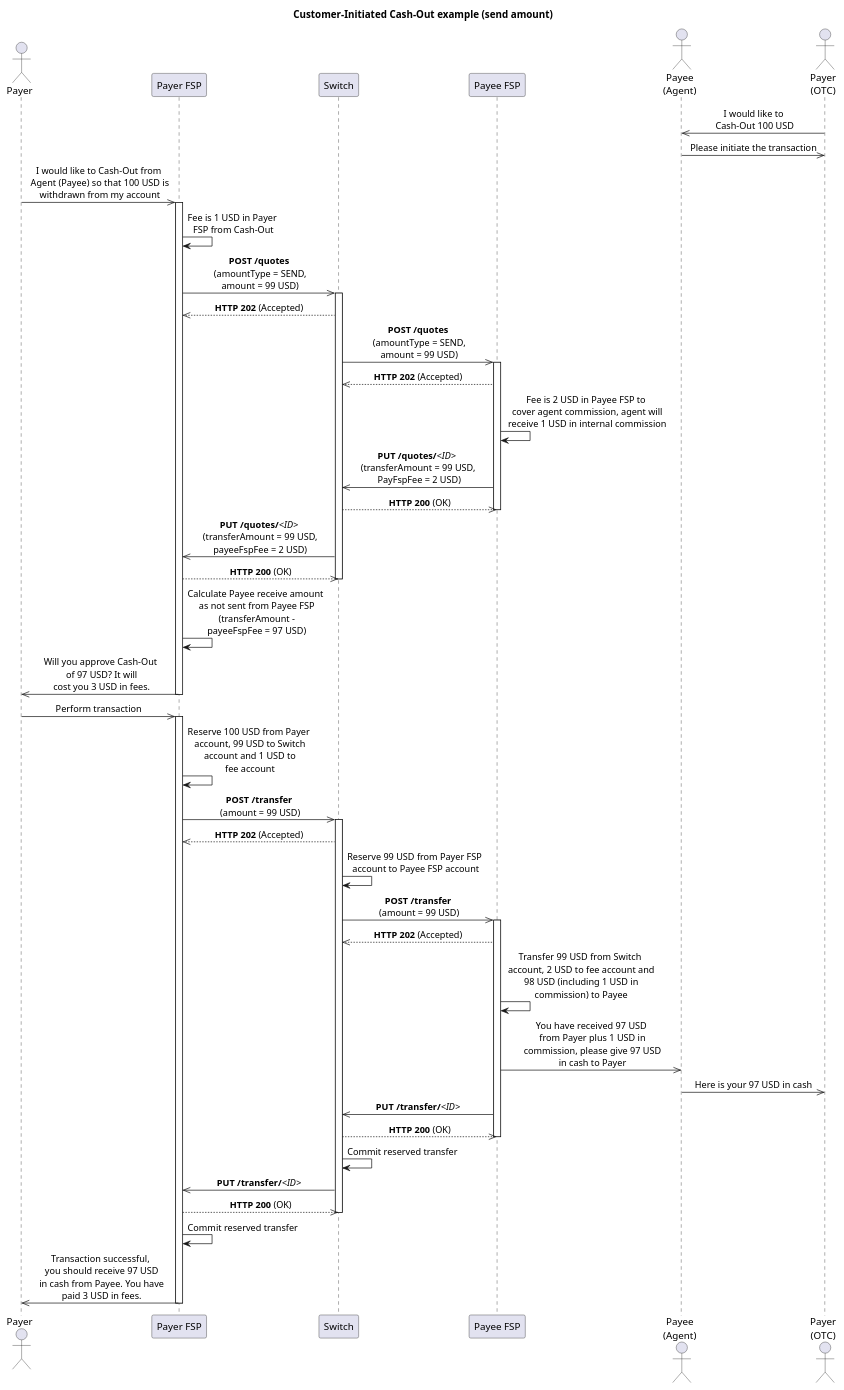
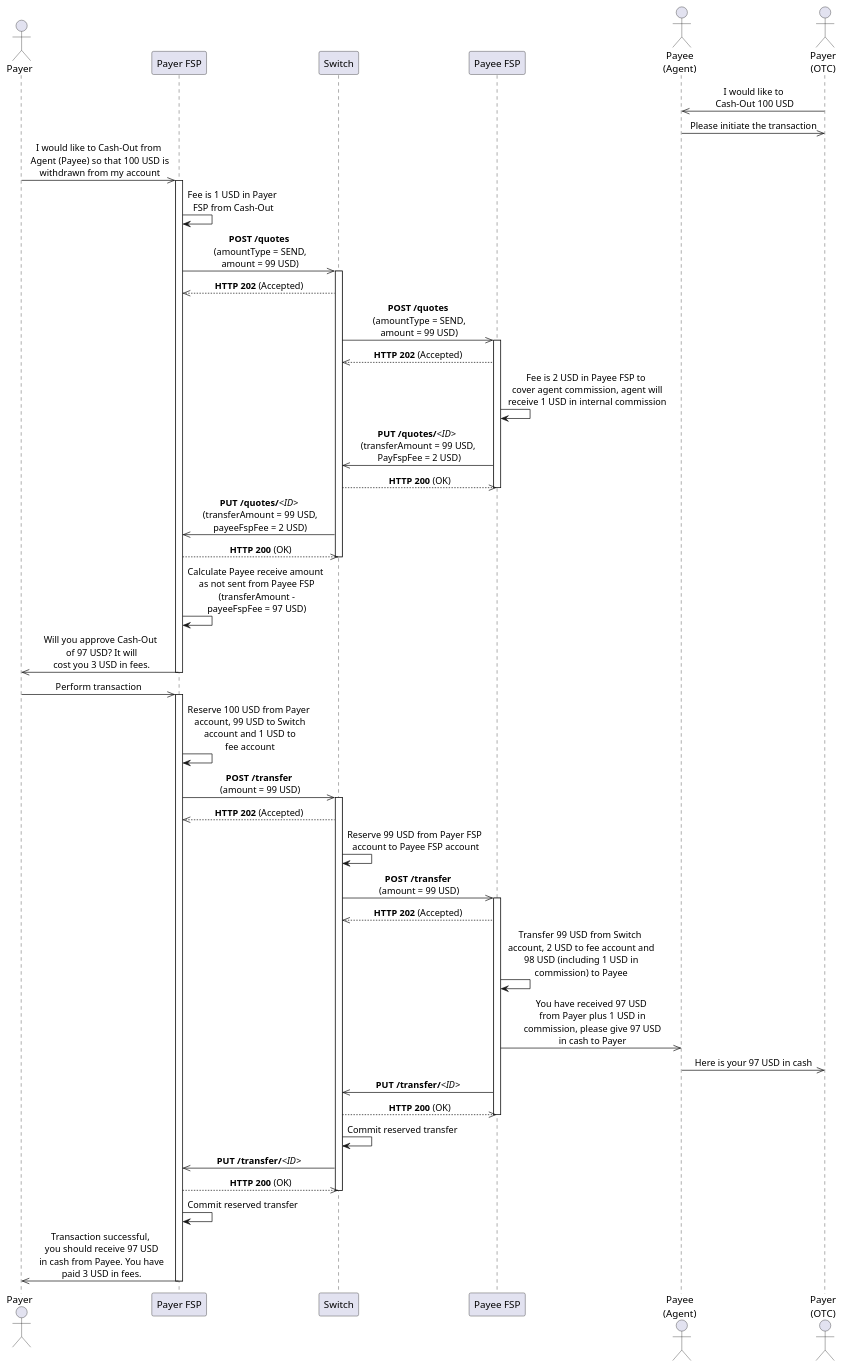
Before and after one commit to mojaloop/mojaloop-specification: the diagram in assets/diagrams/sequence/figure28.plantuml, drawn with PlantUML. The commit also changed 26 other files, not shown here.

Commit message:
Updates to .svg and .plantuml files.

```diff
--- a/assets/diagrams/sequence/figure28.plantuml
+++ b/assets/diagrams/sequence/figure28.plantuml
@@ -25,66 +25,66 @@
 @startuml
 ' declaring skinparam
 skinparam sequenceMessageAlign center
 
 ' declare title
-title Customer-Initiated Cash-Out example (send amount)
+' title Customer-Initiated Cash-Out example (send amount)
 
 ' Actor Keys:
 ' participant - FSP or Switch
 ' actor - Payee, Payer or Payer(OTC)
 
 ' declare actors
 actor "Payer" as Payer
 participant "Payer FSP" as PayerFSP
 participant "Switch" as SWITCH
 participant "Payee FSP" as PayeeFSP
 actor "Payee\n(Agent)" as Payee
 actor "Payer\n(OTC)" as PayerOTC
 
 ' start flow
 
 Payee <<- PayerOTC: I would like to\n Cash-Out 100 USD
 Payee ->> PayerOTC: Please initiate the transaction
 Payer ->> PayerFSP: I would like to Cash-Out from\n Agent (Payee) so that 100 USD is\n withdrawn from my account
 activate PayerFSP
 PayerFSP -> PayerFSP: Fee is 1 USD in Payer\n FSP from Cash-Out
 PayerFSP ->> SWITCH: **POST /quotes**\n (amountType = SEND,\n amount = 99 USD)
 activate SWITCH
 PayerFSP <<-- SWITCH: **HTTP 202** (Accepted)
 SWITCH ->> PayeeFSP: **POST /quotes**\n (amountType = SEND,\n amount = 99 USD)
 activate PayeeFSP
 SWITCH <<-- PayeeFSP: **HTTP 202** (Accepted)
 PayeeFSP -> PayeeFSP: Fee is 2 USD in Payee FSP to\n cover agent commission, agent will\n receive 1 USD in internal commission
 SWITCH <<- PayeeFSP: **PUT /quotes/**<i><ID></i> \n(transferAmount = 99 USD,\n PayFspFee = 2 USD)
 SWITCH -->> PayeeFSP: **HTTP 200** (OK)
 deactivate PayeeFSP
 PayerFSP <<- SWITCH: **PUT /quotes/**<i><ID></i>\n (transferAmount = 99 USD,\n payeeFspFee = 2 USD)
 PayerFSP -->> SWITCH: **HTTP 200** (OK)
 deactivate SWITCH
 PayerFSP -> PayerFSP: Calculate Payee receive amount\n as not sent from Payee FSP\n (transferAmount -\n payeeFspFee = 97 USD)
 Payer <<- PayerFSP: Will you approve Cash-Out\n of 97 USD? It will\n cost you 3 USD in fees.
 deactivate PayerFSP
 Payer ->> PayerFSP: Perform transaction
 activate PayerFSP
 PayerFSP -> PayerFSP: Reserve 100 USD from Payer\n account, 99 USD to Switch\n account and 1 USD to\n fee account
 PayerFSP ->> SWITCH: **POST /transfer**\n (amount = 99 USD)
 activate SWITCH
 PayerFSP <<-- SWITCH: **HTTP 202** (Accepted)
 SWITCH -> SWITCH: Reserve 99 USD from Payer FSP\n account to Payee FSP account
 SWITCH ->> PayeeFSP: **POST /transfer**\n (amount = 99 USD)
 activate PayeeFSP
 SWITCH <<-- PayeeFSP: **HTTP 202** (Accepted)
 PayeeFSP -> PayeeFSP: Transfer 99 USD from Switch\n account, 2 USD to fee account and\n 98 USD (including 1 USD in\n commission) to Payee
 PayeeFSP ->> Payee: You have received 97 USD\n from Payer plus 1 USD in\n commission, please give 97 USD\n in cash to Payer
 Payee ->> PayerOTC: Here is your 97 USD in cash
 SWITCH <<- PayeeFSP: **PUT /transfer/**<i><ID></i>
 SWITCH -->> PayeeFSP: **HTTP 200** (OK)
 deactivate PayeeFSP
 SWITCH -> SWITCH: Commit reserved transfer
 PayerFSP <<- SWITCH: **PUT /transfer/**<i><ID></i>
 PayerFSP -->> SWITCH: **HTTP 200** (OK)
 deactivate SWITCH
 PayerFSP -> PayerFSP: Commit reserved transfer
 Payer <<- PayerFSP: Transaction successful,\n you should receive 97 USD\n in cash from Payee. You have\n paid 3 USD in fees.
 deactivate PayerFSP
 @enduml
```
